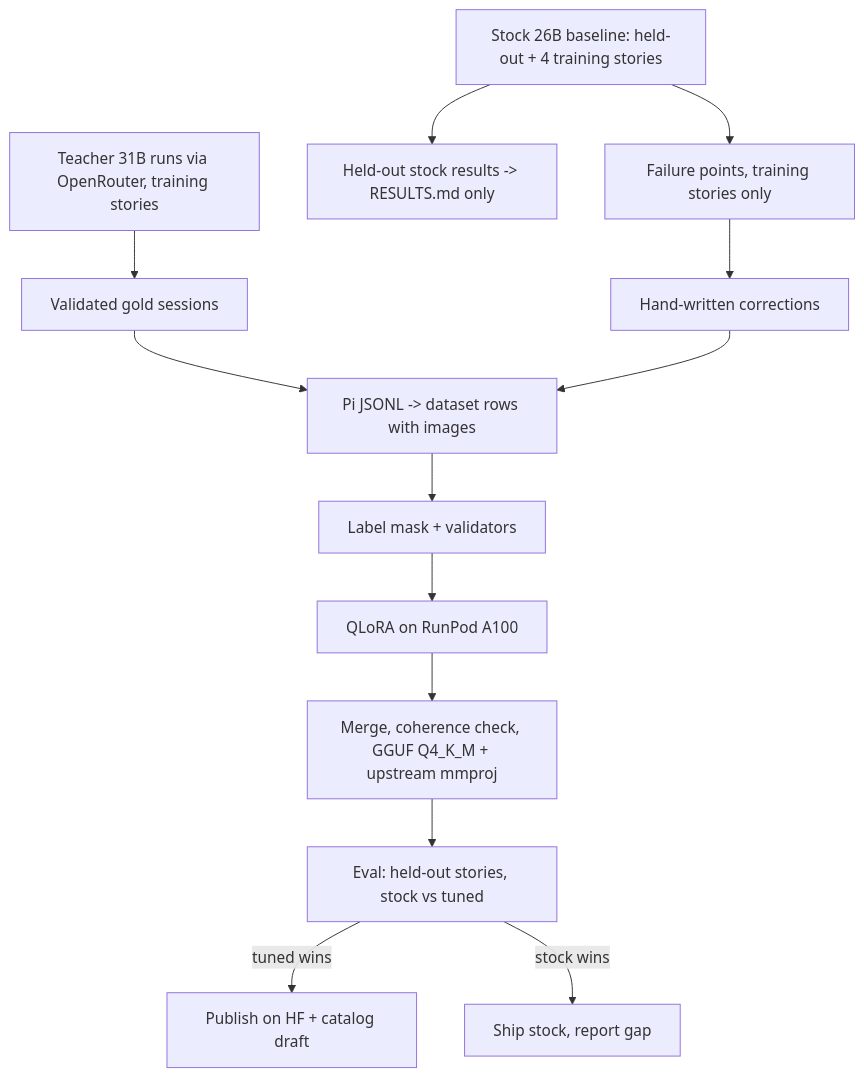
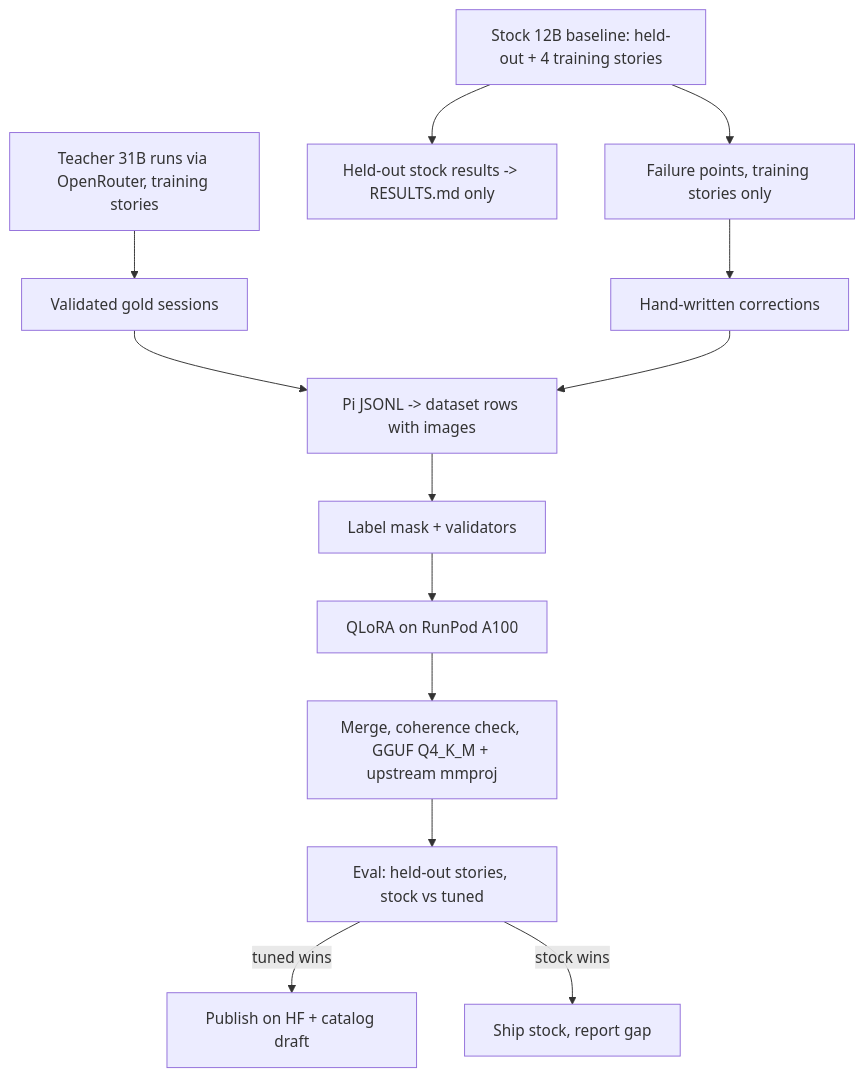
One commit to buriedsignals/splash changed the second of 2 diagrams in docs/plans/2026-10-21-2211-feat-splash-pi-harness-plan.md. Above: the diagram before and after it, drawn with Mermaid. The commit also changed other lines of this file, not shown here.

````diff
--- a/docs/plans/2026-10-21-2211-feat-splash-pi-harness-plan.md
+++ b/docs/plans/2026-10-21-2211-feat-splash-pi-harness-plan.md
@@ -323,15 +324,15 @@
 ```mermaid
 flowchart TB
-  A[Stock 26B baseline: held-out + 4 training stories] --> B[Failure points, training stories only]
+  A[Stock 12B baseline: held-out + 4 training stories] --> B[Failure points, training stories only]
   A --> RS[Held-out stock results -> RESULTS.md only]
   C[Teacher 31B runs via OpenRouter, training stories] --> D[Validated gold sessions]
   B --> E[Hand-written corrections]
   D --> F[Pi JSONL -> dataset rows with images]
   E --> F
   F --> M[Label mask + validators]
   M --> TR[QLoRA on RunPod A100]
   TR --> X[Merge, coherence check, GGUF Q4_K_M + upstream mmproj]
   X --> EV[Eval: held-out stories, stock vs tuned]
   EV -->|tuned wins| HF[Publish on HF + catalog draft]
   EV -->|stock wins| SH[Ship stock, report gap]
 ```
````
